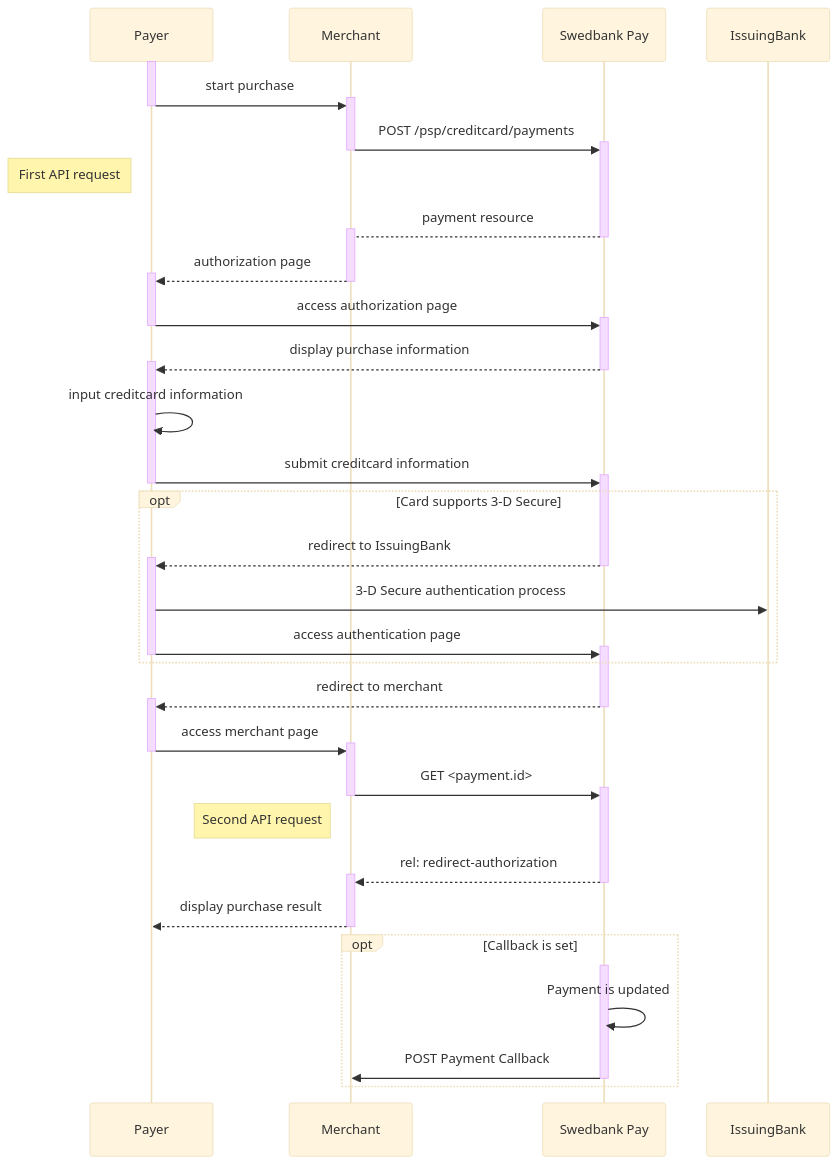
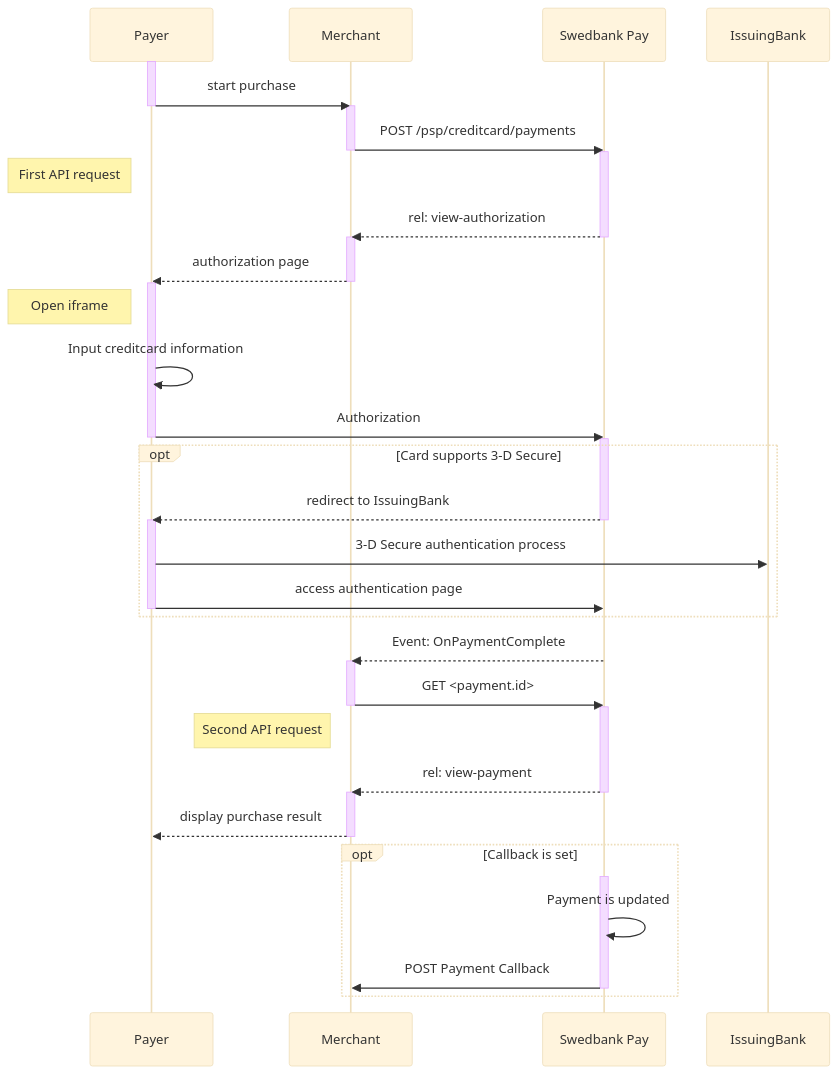
Before and after one commit to SwedbankPay/developer.swedbankpay.com: the diagram in payments/card/seamless-view.md, drawn with Mermaid (base theme). The commit also changed other lines of this file, not shown here.

Commit message:
DX-447 Reorganizing section and adding integration information about frontend and backend. Awaiting merging from other branches.

````diff
--- a/payments/card/seamless-view.md
+++ b/payments/card/seamless-view.md
@@ -327,51 +52,42 @@
 ```mermaid
 sequenceDiagram
     participant Payer
     participant Merchant
     participant SwedbankPay as Swedbank Pay
 
     activate Payer
-    Payer->>+Merchant: start purchase
-    deactivate Payer
-    Merchant->>+SwedbankPay: POST /psp/creditcard/payments
-    deactivate Merchant
+    Payer->>-Merchant: start purchase
+    activate Merchant
+    Merchant->>-SwedbankPay: POST /psp/creditcard/payments
+    activate SwedbankPay
     note left of Payer: First API request
-    SwedbankPay-->+Merchant: payment resource
-    deactivate SwedbankPay
-    Merchant-->>+Payer: authorization page
-    deactivate Merchant
-    Payer->>+SwedbankPay: access authorization page
-    deactivate Payer
-    SwedbankPay-->>+Payer: display purchase information
-    deactivate SwedbankPay
+    SwedbankPay-->>-Merchant: rel: view-authorization
+    activate Merchant
+    Merchant-->>-Payer: authorization page
+    activate Payer
+    note left of Payer: Open iframe
+    Payer->>Payer: Input creditcard information
+    Payer->>-SwedbankPay: Authorization
+    activate SwedbankPay
+        opt Card supports 3-D Secure
+        SwedbankPay-->>-Payer: redirect to IssuingBank
+        activate Payer
+        Payer->>IssuingBank: 3-D Secure authentication process
+        Payer->>-SwedbankPay: access authentication page
+        end
+    SwedbankPay-->>Merchant: Event: OnPaymentComplete
+    activate Merchant
+    Merchant->>-SwedbankPay: GET <payment.id>
+    activate SwedbankPay
+    note left of Merchant: Second API request
+    SwedbankPay-->>-Merchant: rel: view-payment
+    activate Merchant
+    Merchant-->>-Payer: display purchase result
+    activate Payer
 
-    Payer->>Payer: input creditcard information
-    Payer->>+SwedbankPay: submit creditcard information
-    deactivate Payer
-        opt Card supports 3-D Secure
-        SwedbankPay-->>+Payer: redirect to IssuingBank
-        deactivate SwedbankPay
-        Payer->>IssuingBank: 3-D Secure authentication process
-        Payer->>+SwedbankPay: access authentication page
-        deactivate Payer
+        opt Callback is set
+        activate SwedbankPay
+        SwedbankPay->>SwedbankPay: Payment is updated
+        SwedbankPay->>-Merchant: POST Payment Callback
         end
-  
-    SwedbankPay-->>+Payer: redirect to merchant
-    deactivate SwedbankPay  
-    Payer->>+Merchant: access merchant page
-    deactivate Payer
-    Merchant->>+SwedbankPay: GET <payment.id>
-    deactivate Merchant
-    note left of Merchant: Second API request
-    SwedbankPay-->>+Merchant: rel: redirect-authorization
-    deactivate SwedbankPay
-    Merchant-->>Payer: display purchase result
-    deactivate Merchant
-
-      opt Callback is set
-      activate SwedbankPay
-      SwedbankPay->>SwedbankPay: Payment is updated
-      SwedbankPay->>Merchant: POST Payment Callback
-      deactivate SwedbankPay
-      end
 ```
````
